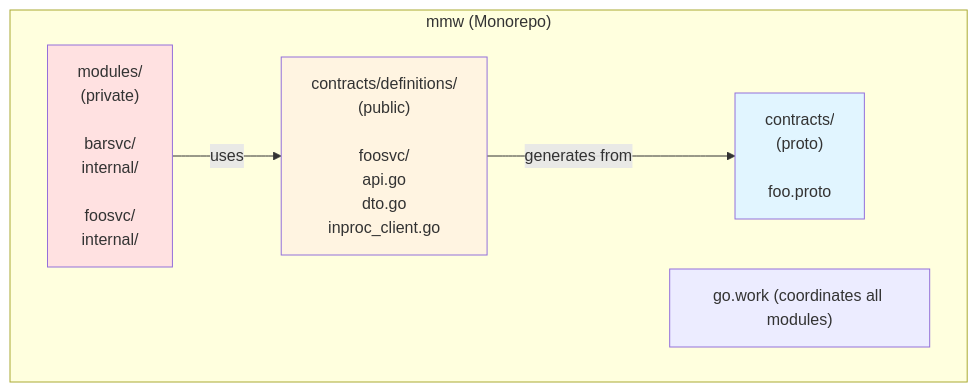
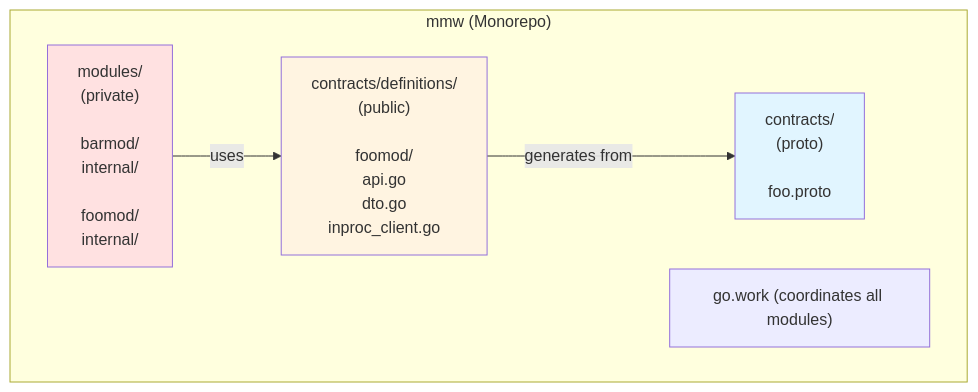
The first of 5 diagrams in white-paper.md (pivaldi/go-modular-monolith-white-paper), drawn with Mermaid before and after one commit. The commit also changed other lines of this file and 19 other files, not shown here.

````diff
--- a/white-paper.md
+++ b/white-paper.md
@@ -267,17 +267,17 @@
 ```mermaid
 graph TB
     subgraph monorepo["mmw (Monorepo)"]
         contracts["contracts/<br/>(proto)<br/><br/>foo.proto"]
-        contract_def["contracts/definitions/<br/>(public)<br/><br/>foosvc/<br/>api.go<br/>dto.go<br/>inproc_client.go"]
-        services["modules/<br/>(private)<br/><br/>barsvc/<br/>internal/<br/><br/>foosvc/<br/>internal/"]
+        contract_def["contracts/definitions/<br/>(public)<br/><br/>foomod/<br/>api.go<br/>dto.go<br/>inproc_client.go"]
+        services["modules/<br/>(private)<br/><br/>barmod/<br/>internal/<br/><br/>foomod/<br/>internal/"]
 
         services -->|uses| contract_def
         contract_def -->|generates from| contracts
 
         workspace["go.work (coordinates all modules)"]
     end
 
     style contracts fill:#e1f5ff
     style contract_def fill:#fff4e1
     style services fill:#ffe1e1
 ```
````
